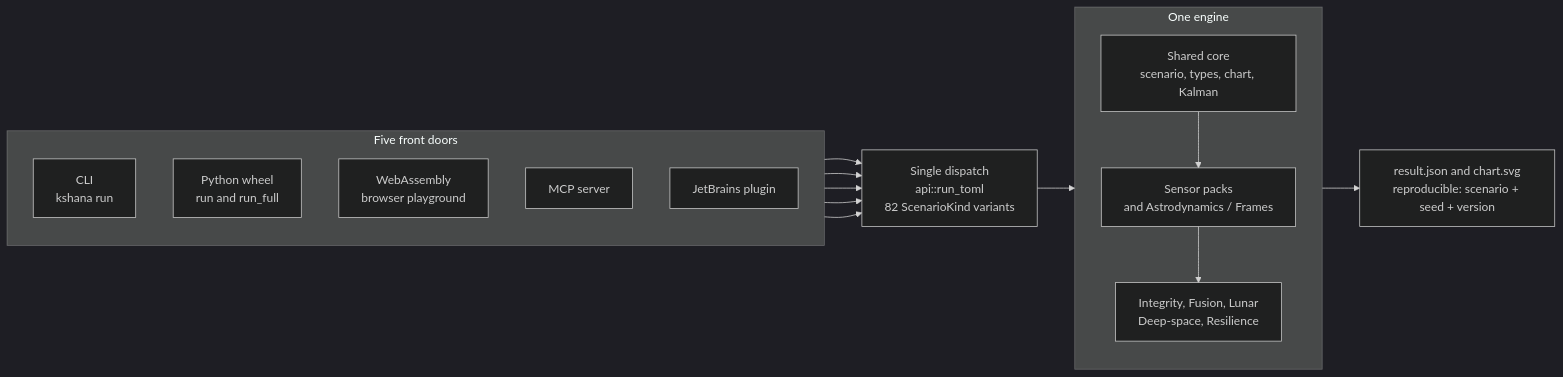
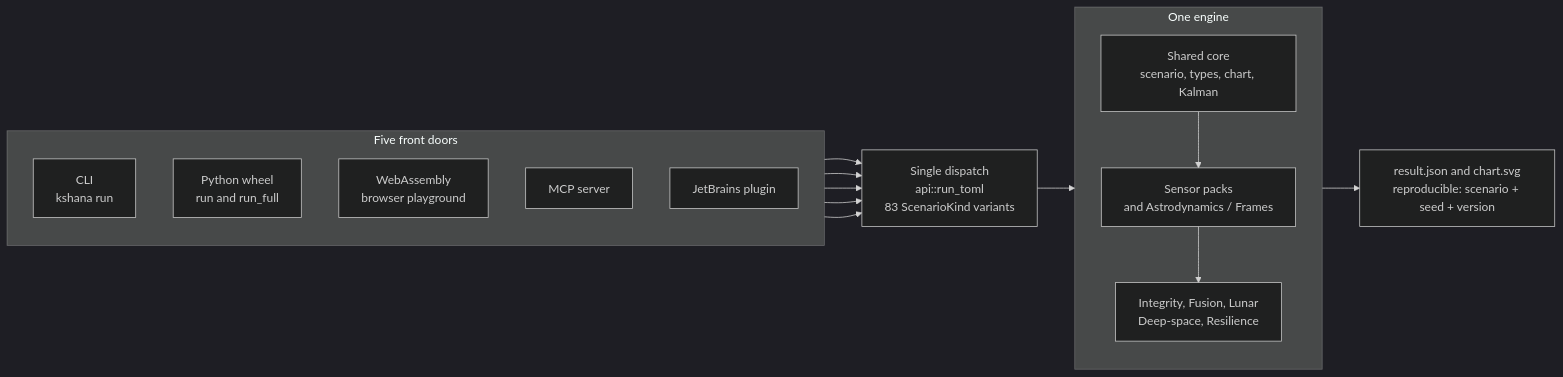
Before and after one commit to ashfordeOU/kshana: the diagram in docs/diagrams/system-overview.mmd, drawn with Mermaid (dark theme). The commit also changed 36 other files, not shown here.

Commit message:
fut-19: regenerate (283: 136 V / 143 M / 4 P; 83 kinds; 157 scenario files) — README, MCP README, slash command, tutorials, diagrams, README assets, field-units schema

```diff
--- a/docs/diagrams/system-overview.mmd
+++ b/docs/diagrams/system-overview.mmd
@@ -1,31 +1,31 @@
 flowchart LR
     subgraph DOORS[Five front doors]
         direction TB
         CLI[CLI<br/>kshana run]
         PY[Python wheel<br/>run and run_full]
         WASM[WebAssembly<br/>browser playground]
         MCP[MCP server]
         IDE[JetBrains plugin]
     end
 
-    DISPATCH[Single dispatch<br/>api::run_toml<br/>82 ScenarioKind variants]
+    DISPATCH[Single dispatch<br/>api::run_toml<br/>83 ScenarioKind variants]
 
     subgraph ENGINE[One engine]
         direction TB
         CORE[Shared core<br/>scenario, types, chart, Kalman]
         PACKS[Sensor packs<br/>and Astrodynamics / Frames]
         DOMAIN[Integrity, Fusion, Lunar<br/>Deep-space, Resilience]
         CORE --> PACKS
         PACKS --> DOMAIN
     end
 
     OUT[result.json and chart.svg<br/>reproducible: scenario + seed + version]
 
     CLI --> DISPATCH
     PY --> DISPATCH
     WASM --> DISPATCH
     MCP --> DISPATCH
     IDE --> DISPATCH
 
     DISPATCH --> ENGINE
     ENGINE --> OUT
```
